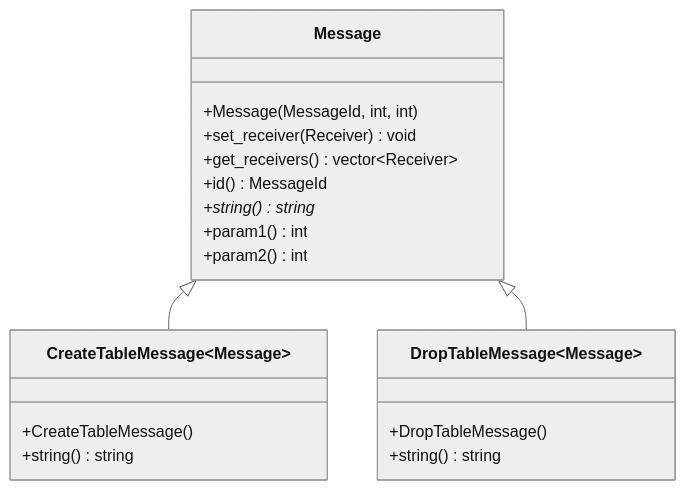
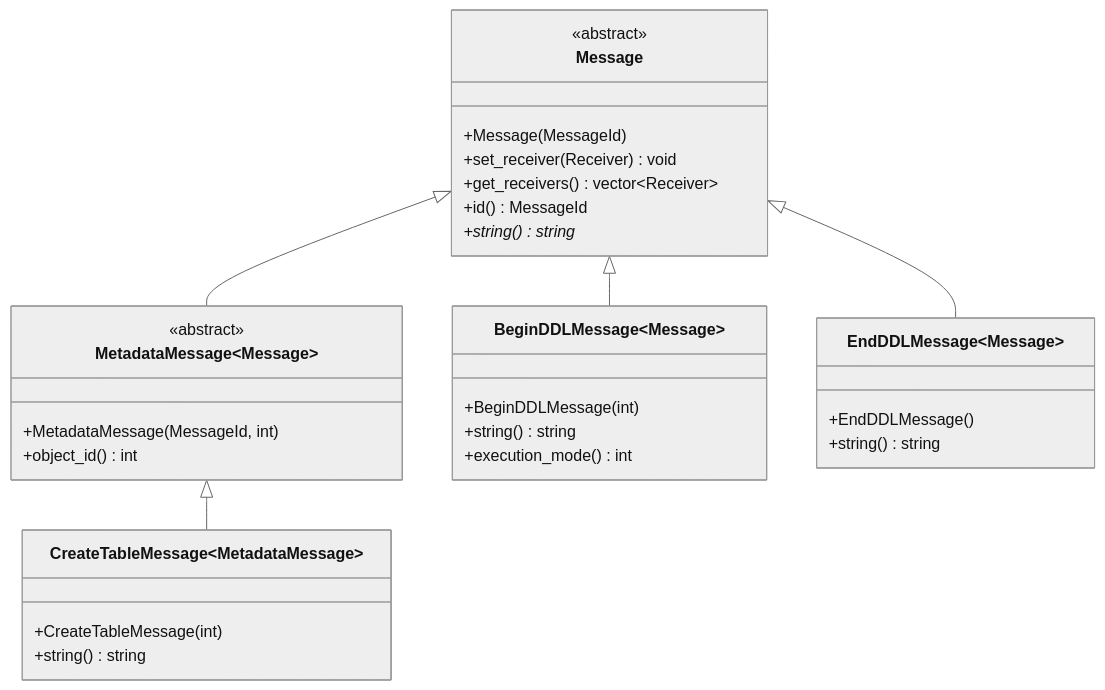
The second of 3 diagrams in message-broker/docs/message-broker.md (project-tsurugi/metadata-manager), drawn with Mermaid (neutral theme) before and after one commit. The commit also changed other lines of this file, not shown here.

Commit message:
Add MetadataMessage class.

````diff
--- a/message-broker/docs/message-broker.md
+++ b/message-broker/docs/message-broker.md
@@ -33,26 +33,39 @@
 ```mermaid
 classDiagram
 
 class Message {
-  +Message(MessageId, int, int)
+  <<abstract>>
+  +Message(MessageId)
   +set_receiver(Receiver) void
   +get_receivers() vector~Receiver~
   +id() MessageId
   +string()* string
-  +param1() int
-  +param2() int
 }
 
-class CreateTableMessage~Message~ {
-  +CreateTableMessage()
+class MetadataMessage~Message~ {
+  <<abstract>>
+  +MetadataMessage(MessageId, int)
+  +object_id() int
+}
+
+class BeginDDLMessage~Message~ {
+  +BeginDDLMessage(int)
+  +string() string
+  +execution_mode() int
+}
+
+class EndDDLMessage~Message~ {
+  +EndDDLMessage()
   +string() string
 }
 
-class DropTableMessage~Message~ {
-  +DropTableMessage()
+class CreateTableMessage~MetadataMessage~ {
+  +CreateTableMessage(int)
   +string() string
 }
 
-Message <|-- CreateTableMessage
-Message <|-- DropTableMessage
+Message <|-- MetadataMessage
+MetadataMessage <|-- CreateTableMessage
+Message <|-- BeginDDLMessage
+Message <|-- EndDDLMessage
 ```
````
